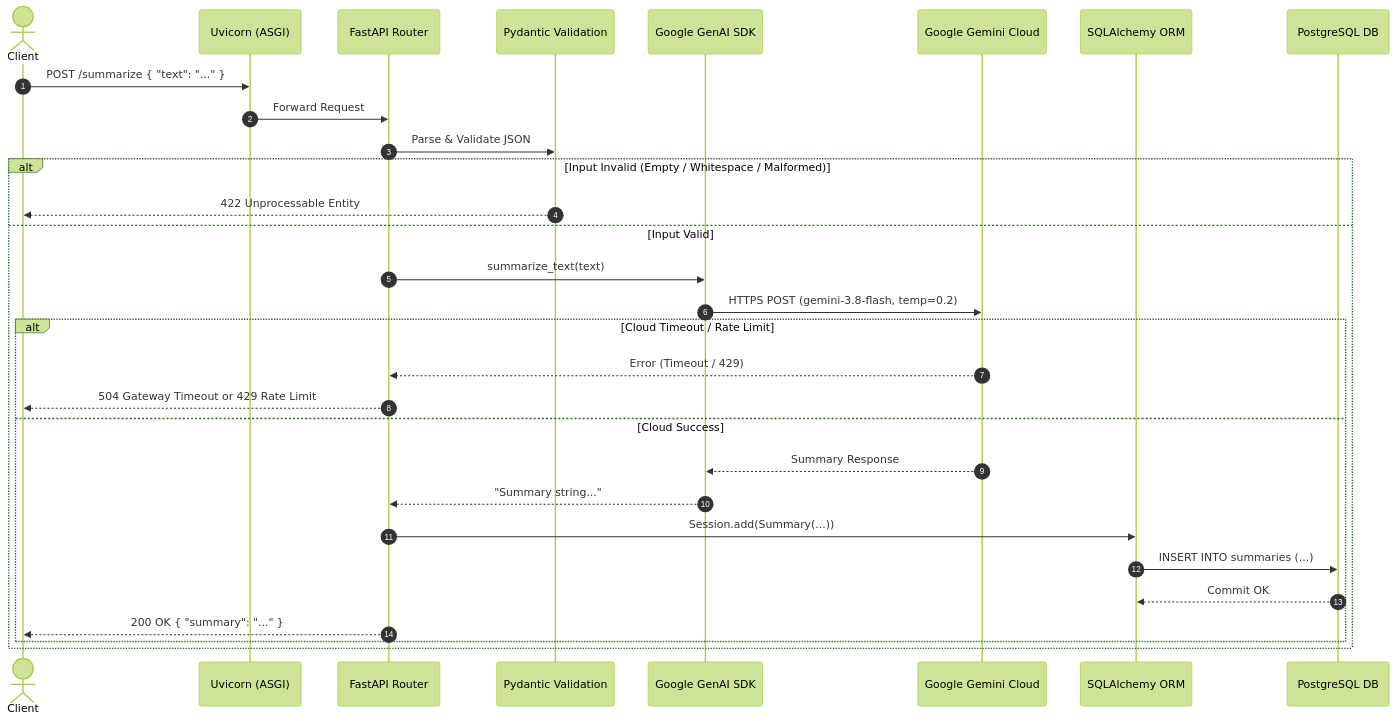
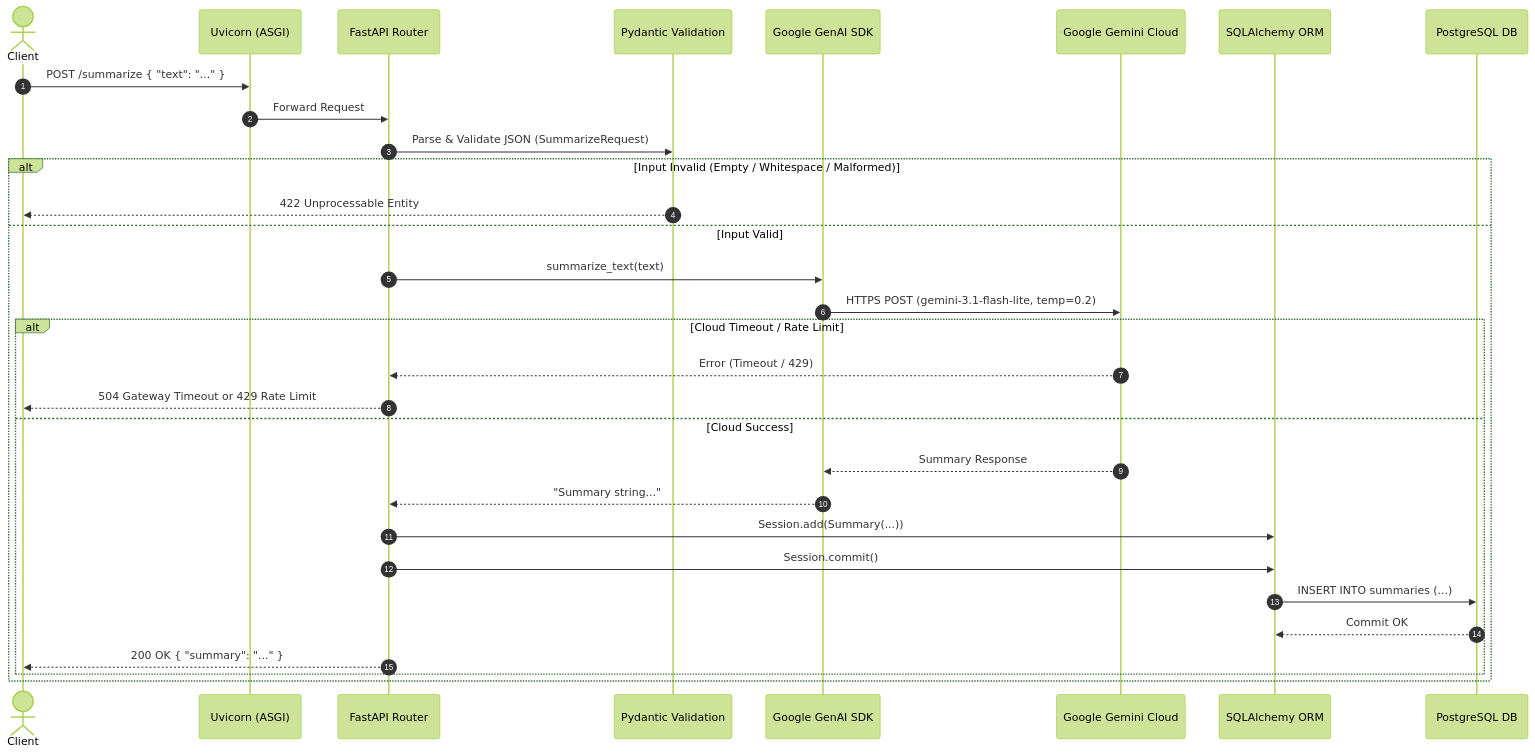
Before and after one commit to prajwalrdev/AI-Text-Summarization-API: the diagram in README.md, drawn with Mermaid (forest theme). The commit also changed other lines of this file, not shown here.

````diff
--- a/README.md
+++ b/README.md
@@ -50,33 +50,34 @@
 ```mermaid
 sequenceDiagram
     autonumber
     actor Client
     participant ASGI as Uvicorn (ASGI)
     participant FastAPI as FastAPI Router
     participant Pydantic as Pydantic Validation
     participant Gemini as Google GenAI SDK
     participant GoogleCloud as Google Gemini Cloud
     participant ORM as SQLAlchemy ORM
     participant Postgres as PostgreSQL DB
 
     Client->>ASGI: POST /summarize { "text": "..." }
     ASGI->>FastAPI: Forward Request
-    FastAPI->>Pydantic: Parse & Validate JSON
+    FastAPI->>Pydantic: Parse & Validate JSON (SummarizeRequest)
     alt Input Invalid (Empty / Whitespace / Malformed)
         Pydantic-->>Client: 422 Unprocessable Entity
     else Input Valid
         FastAPI->>Gemini: summarize_text(text)
-        Gemini->>GoogleCloud: HTTPS POST (gemini-3.8-flash, temp=0.2)
+        Gemini->>GoogleCloud: HTTPS POST (gemini-3.1-flash-lite, temp=0.2)
         alt Cloud Timeout / Rate Limit
             GoogleCloud-->>FastAPI: Error (Timeout / 429)
             FastAPI-->>Client: 504 Gateway Timeout or 429 Rate Limit
         else Cloud Success
             GoogleCloud-->>Gemini: Summary Response
             Gemini-->>FastAPI: "Summary string..."
             FastAPI->>ORM: Session.add(Summary(...))
+            FastAPI->>ORM: Session.commit()
             ORM->>Postgres: INSERT INTO summaries (...)
             Postgres-->>ORM: Commit OK
             FastAPI-->>Client: 200 OK { "summary": "..." }
         end
     end
 ```
````
